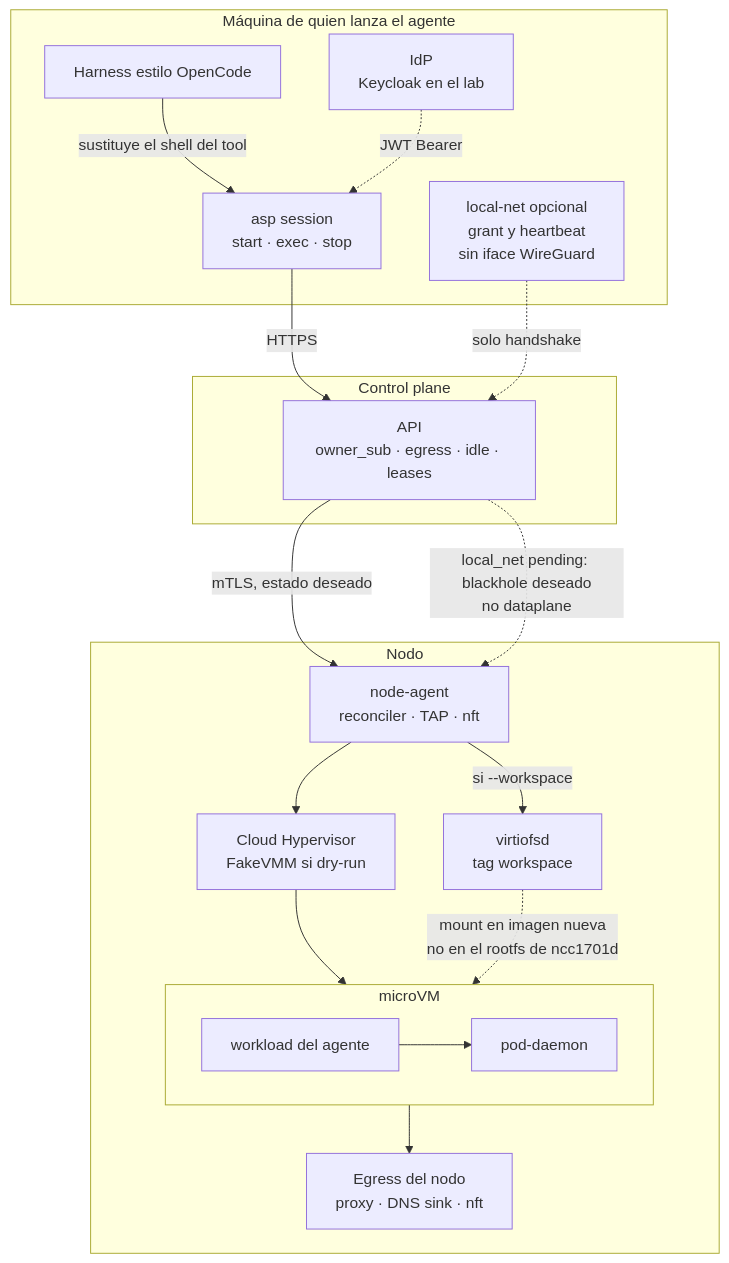
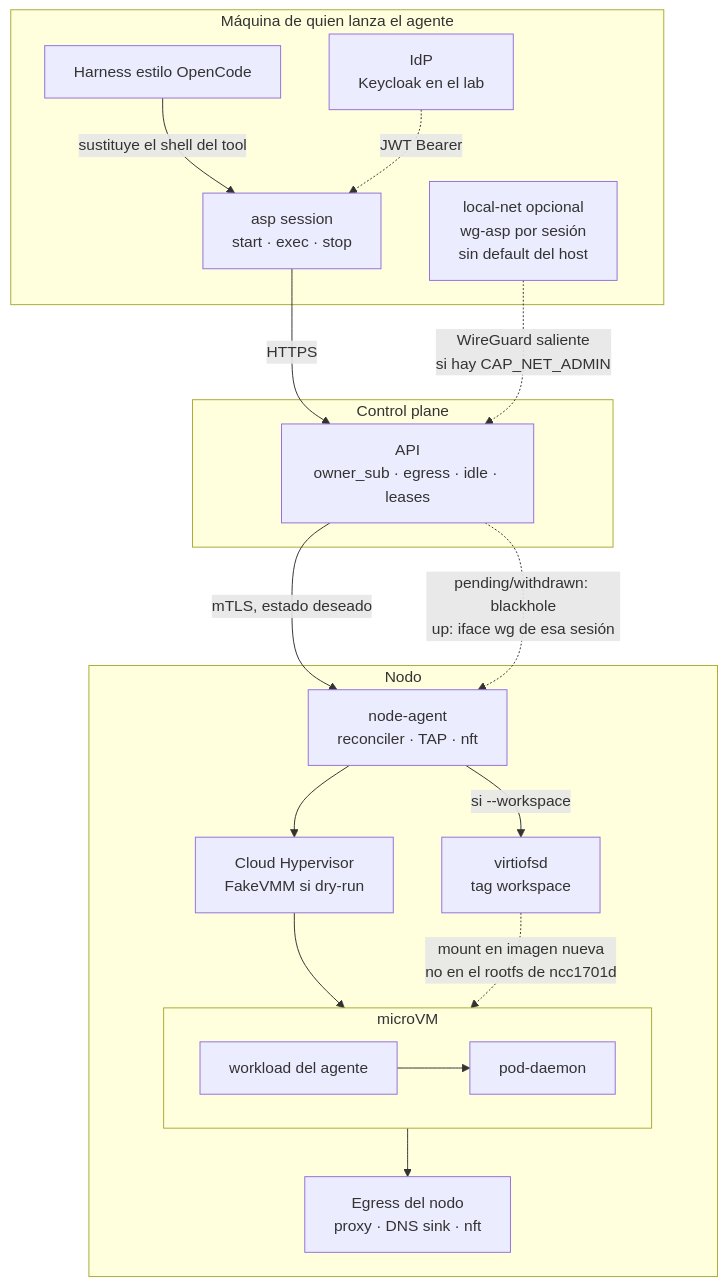
One commit to luisgf/agent-sandbox-platform changed the diagram in README.md. Above: the diagram before and after it, drawn with Mermaid. The commit also changed other lines of this file and 30 other files, not shown here.

First line of the commit message:
feat(local-net): create the per-sandbox WireGuard device

````diff
--- a/README.md
+++ b/README.md
@@ -73,37 +73,37 @@
 ```mermaid
 flowchart TB
   subgraph user["Máquina de quien lanza el agente"]
     H["Harness estilo OpenCode"]
     CLI["asp session<br/>start · exec · stop"]
     IDP["IdP<br/>Keycloak en el lab"]
-    LN["local-net opcional<br/>grant y heartbeat<br/>sin iface WireGuard"]
+    LN["local-net opcional<br/>wg-asp por sesión<br/>sin default del host"]
   end
 
   subgraph control["Control plane"]
     CP["API<br/>owner_sub · egress · idle · leases"]
   end
 
   subgraph node["Nodo"]
     NA["node-agent<br/>reconciler · TAP · nft"]
     CH["Cloud Hypervisor<br/>FakeVMM si dry-run"]
     subgraph vm["microVM"]
       PD["pod-daemon"]
       WK["workload del agente"]
       WK --> PD
     end
     VFS["virtiofsd<br/>tag workspace"]
     EG["Egress del nodo<br/>proxy · DNS sink · nft"]
   end
 
   H -->|"sustituye el shell del tool"| CLI
   IDP -.->|"JWT Bearer"| CLI
   CLI -->|"HTTPS"| CP
-  LN -.->|"solo handshake"| CP
+  LN -.->|"WireGuard saliente<br/>si hay CAP_NET_ADMIN"| CP
   CP -->|"mTLS, estado deseado"| NA
   NA --> CH
   CH --> vm
   NA -->|"si --workspace"| VFS
   VFS -.->|"mount en imagen nueva<br/>no en el rootfs de ncc1701d"| vm
   vm --> EG
-  CP -.->|"local_net pending: blackhole deseado<br/>no dataplane"| NA
+  CP -.->|"pending/withdrawn: blackhole<br/>up: iface wg de esa sesión"| NA
 ```
````
